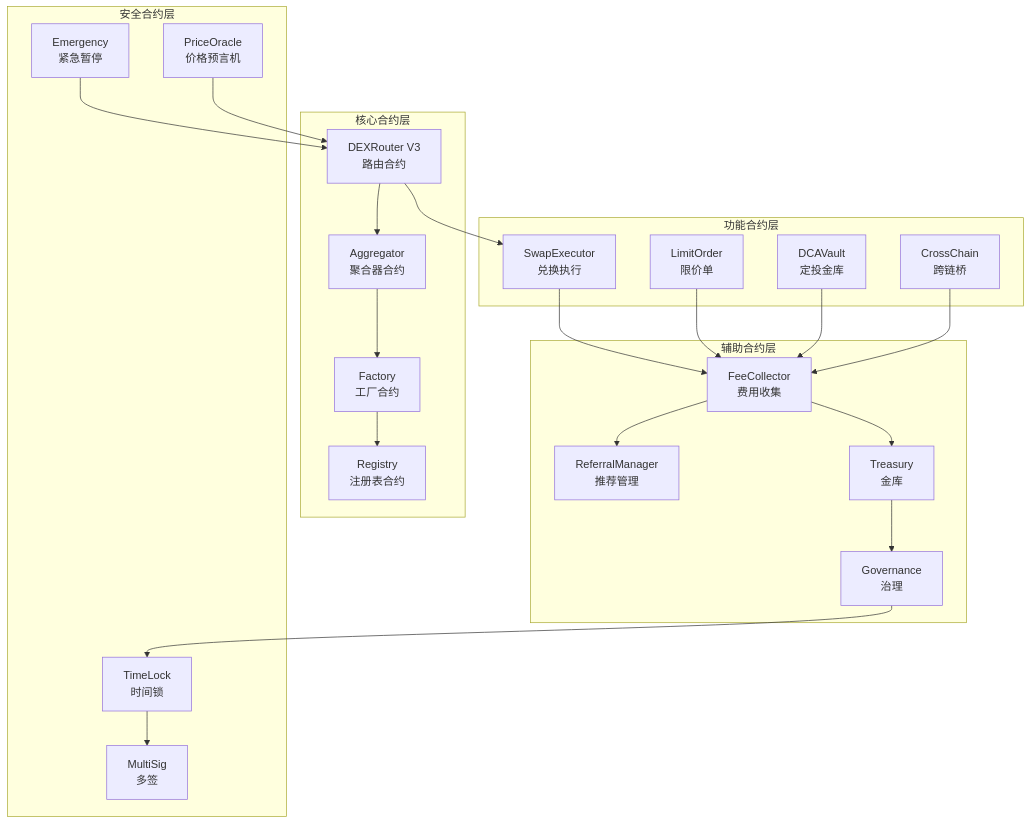
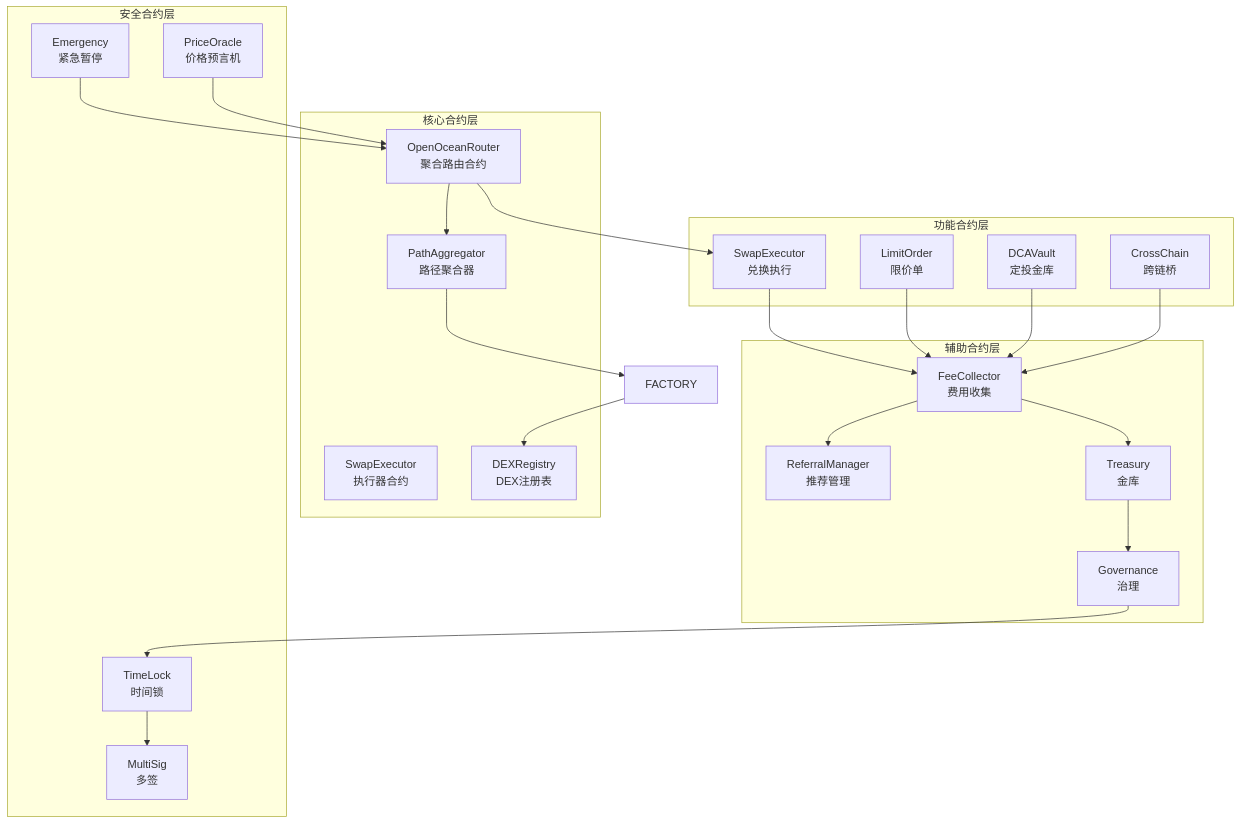
Before and after one commit to liuendy/openoceanStudy: the second of 13 diagrams in contracts/smart-contracts-architecture.md, drawn with Mermaid. The commit also changed other lines of this file and 1 other file, not shown here.

````diff
--- a/contracts/smart-contracts-architecture.md
+++ b/contracts/smart-contracts-architecture.md
@@ -11,49 +170,49 @@
 ```mermaid
 graph TB
     subgraph "核心合约层"
-        ROUTER[DEXRouter V3<br/>路由合约]
-        AGGREGATOR[Aggregator<br/>聚合器合约]
-        FACTORY[Factory<br/>工厂合约]
-        REGISTRY[Registry<br/>注册表合约]
+        ROUTER[OpenOceanRouter<br/>聚合路由合约]
+        AGGREGATOR[PathAggregator<br/>路径聚合器]
+        EXECUTOR[SwapExecutor<br/>执行器合约]
+        REGISTRY[DEXRegistry<br/>DEX注册表]
     end
 
     subgraph "功能合约层"
         SWAP[SwapExecutor<br/>兑换执行]
         LIMIT[LimitOrder<br/>限价单]
         DCA[DCAVault<br/>定投金库]
         BRIDGE[CrossChain<br/>跨链桥]
     end
 
     subgraph "辅助合约层"
         FEE[FeeCollector<br/>费用收集]
         REFERRAL[ReferralManager<br/>推荐管理]
         TREASURY[Treasury<br/>金库]
         GOVERNANCE[Governance<br/>治理]
     end
 
     subgraph "安全合约层"
         TIMELOCK[TimeLock<br/>时间锁]
         MULTISIG[MultiSig<br/>多签]
         PAUSE[Emergency<br/>紧急暂停]
         ORACLE[PriceOracle<br/>价格预言机]
     end
 
     ROUTER --> AGGREGATOR
     ROUTER --> SWAP
     AGGREGATOR --> FACTORY
     FACTORY --> REGISTRY
 
     SWAP --> FEE
     LIMIT --> FEE
     DCA --> FEE
     BRIDGE --> FEE
 
     FEE --> TREASURY
     FEE --> REFERRAL
     TREASURY --> GOVERNANCE
 
     GOVERNANCE --> TIMELOCK
     TIMELOCK --> MULTISIG
     PAUSE --> ROUTER
     ORACLE --> ROUTER
 ```
````
